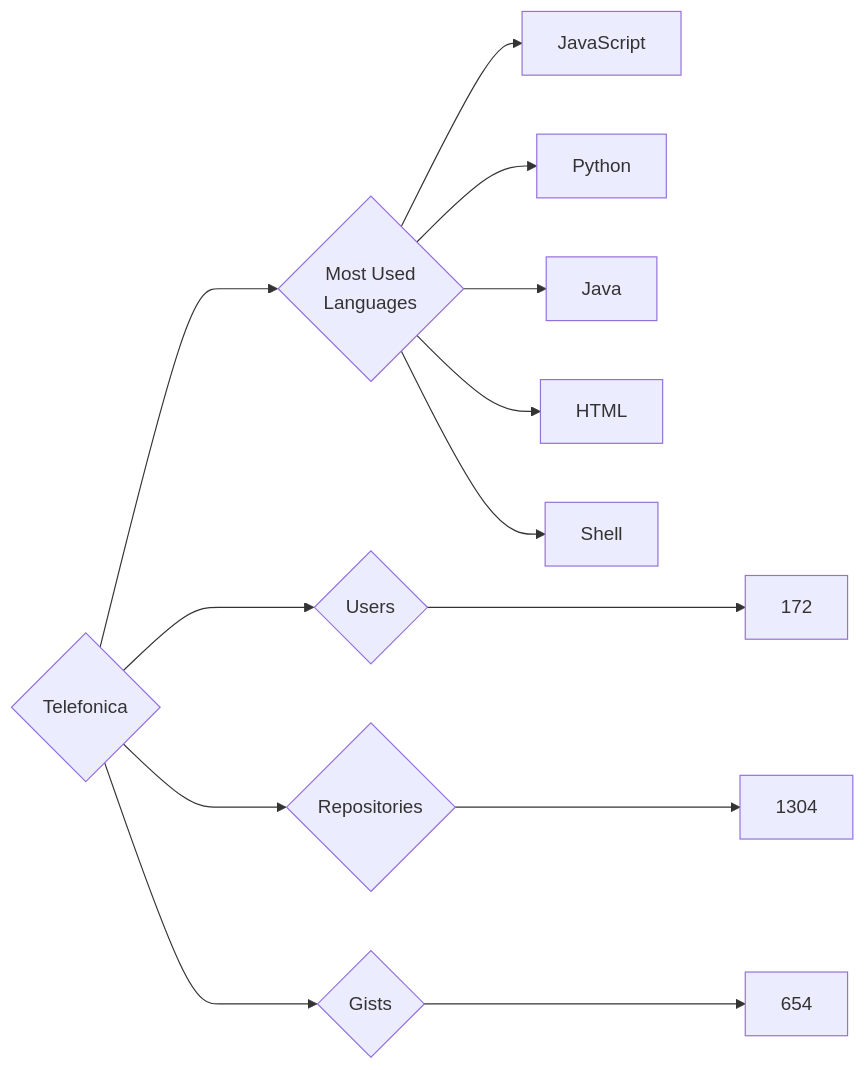
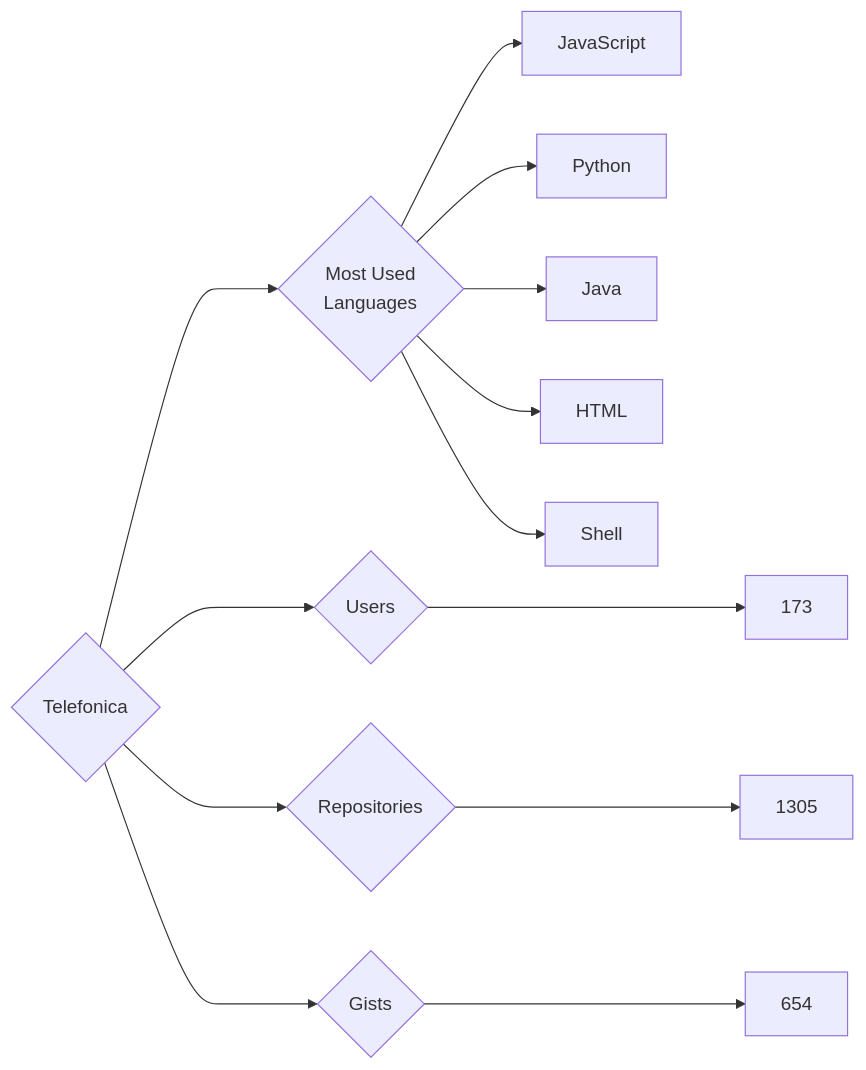
One commit to trickest/insiders changed the diagram in targets/Telefonica/README.md. Above: the diagram before and after it, drawn with Mermaid. The commit also changed 955 other files, not shown here.

````diff
--- a/targets/Telefonica/README.md
+++ b/targets/Telefonica/README.md
@@ -3,13 +3,13 @@
 ```mermaid
 graph LR
 COMPANY_NAME{Telefonica}
-COMPANY_NAME ---> U{Users} ---> UN[172]
-COMPANY_NAME ---> R{Repositories} ---> RN[1304]
+COMPANY_NAME ---> U{Users} ---> UN[173]
+COMPANY_NAME ---> R{Repositories} ---> RN[1305]
 COMPANY_NAME ---> G{Gists} ---> GN[654]
 COMPANY_NAME ---> ML{Most Used<br>Languages}
 ML --> JavaScript[JavaScript]
 ML --> Python[Python]
 ML --> Java[Java]
 ML --> HTML[HTML]
 ML --> Shell[Shell]
 ```
````
